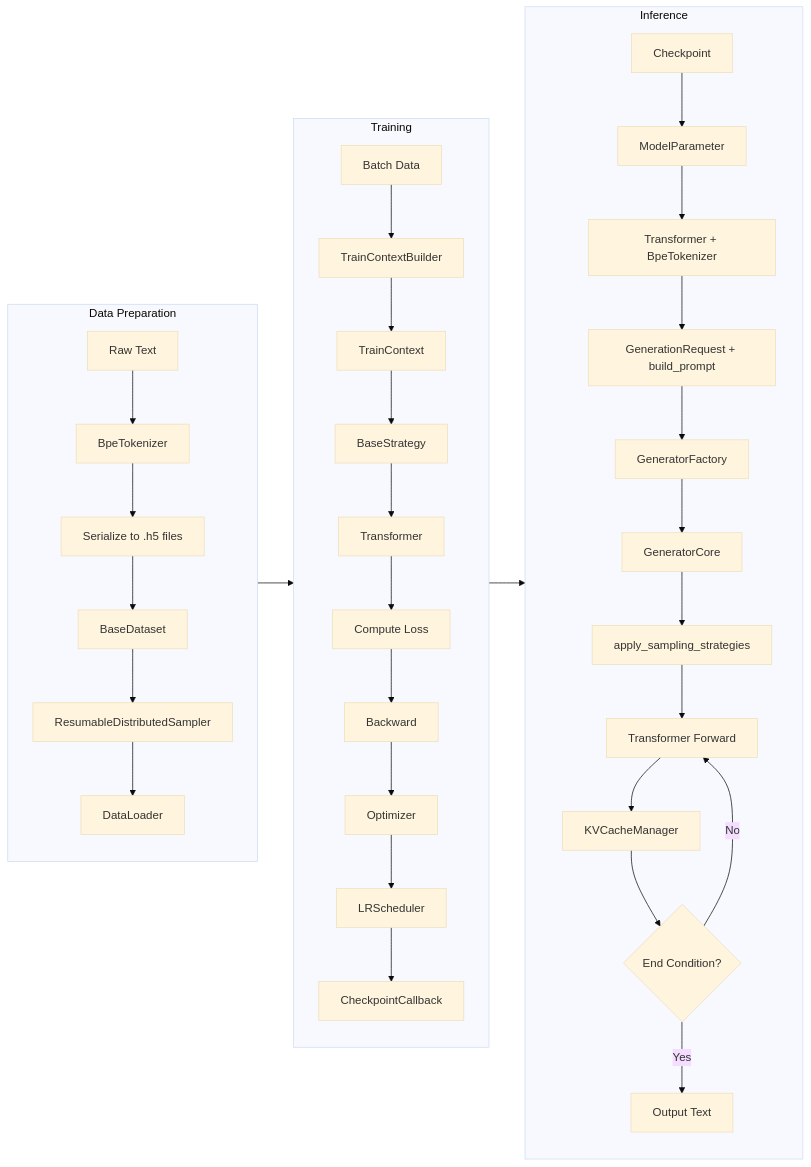
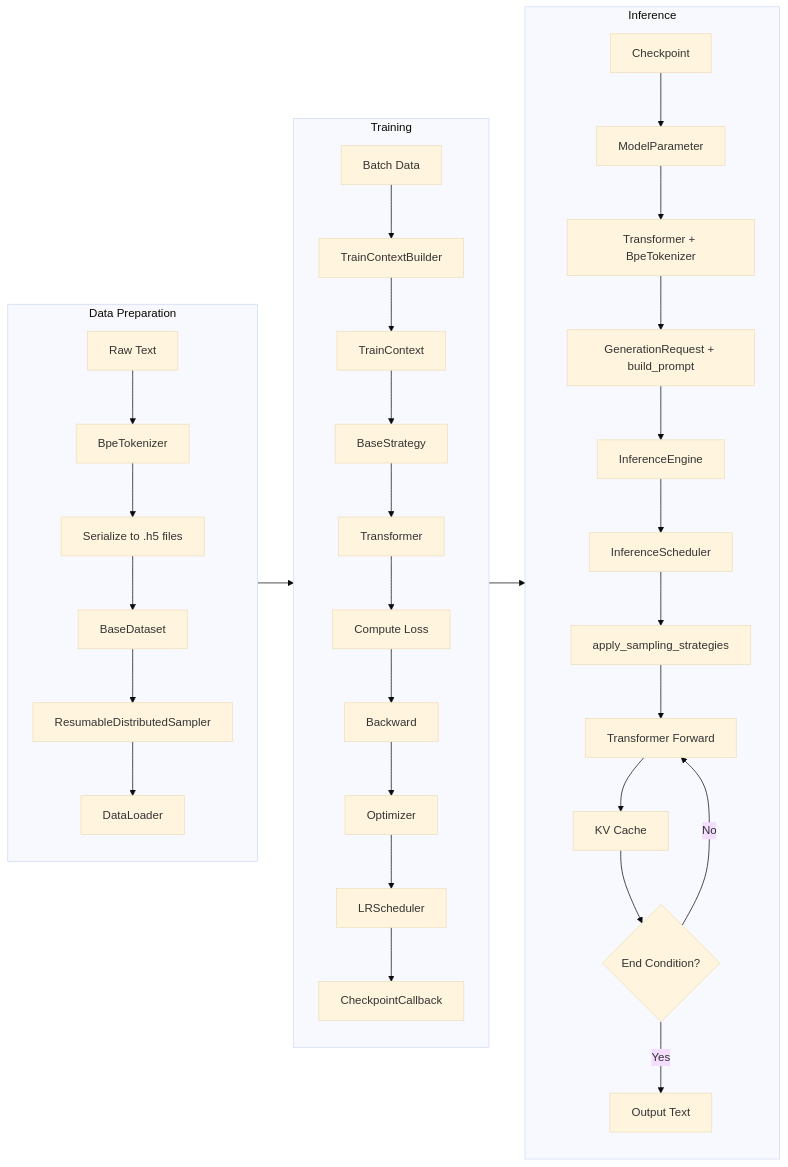
The diagram in assets/docs/dataflow.md (ViperEkura/KHAOSZ), drawn with Mermaid (base theme) before and after one commit. The commit also changed other lines of this file and 2 other files, not shown here.

````diff
--- a/assets/docs/dataflow.md
+++ b/assets/docs/dataflow.md
@@ -19,42 +19,42 @@
 ```mermaid
 flowchart LR
     subgraph A[Data Preparation]
         direction TB
         A1[Raw Text] --> A2[BpeTokenizer]
         A2 --> A3[Serialize to .h5 files]
         A3 --> A4[BaseDataset]
         A4 --> A5[ResumableDistributedSampler]
         A5 --> A6[DataLoader]
     end
 
     subgraph B[Training]
         direction TB
         B1[Batch Data] --> B2[TrainContextBuilder]
         B2 --> B3[TrainContext]
         B3 --> B4[BaseStrategy]
         B4 --> B5[Transformer]
         B5 --> B6[Compute Loss]
         B6 --> B7[Backward]
         B7 --> B8[Optimizer]
         B8 --> B9[LRScheduler]
         B9 --> B10[CheckpointCallback]
     end
 
     subgraph C[Inference]
         direction TB
         C1[Checkpoint] --> C2[ModelParameter]
         C2 --> C3[Transformer + BpeTokenizer]
         C3 --> C4[GenerationRequest + build_prompt]
-        C4 --> C5[GeneratorFactory]
-        C5 --> C6[GeneratorCore]
+        C4 --> C5[InferenceEngine]
+        C5 --> C6[InferenceScheduler]
         C6 --> C7[apply_sampling_strategies]
         C7 --> C8[Transformer Forward]
-        C8 --> C9[KVCacheManager]
+        C8 --> C9[KV Cache]
         C9 --> C10{End Condition?}
         C10 -->|No| C8
         C10 -->|Yes| C11[Output Text]
     end
 
     A --> B
     B --> C
 ```
````
